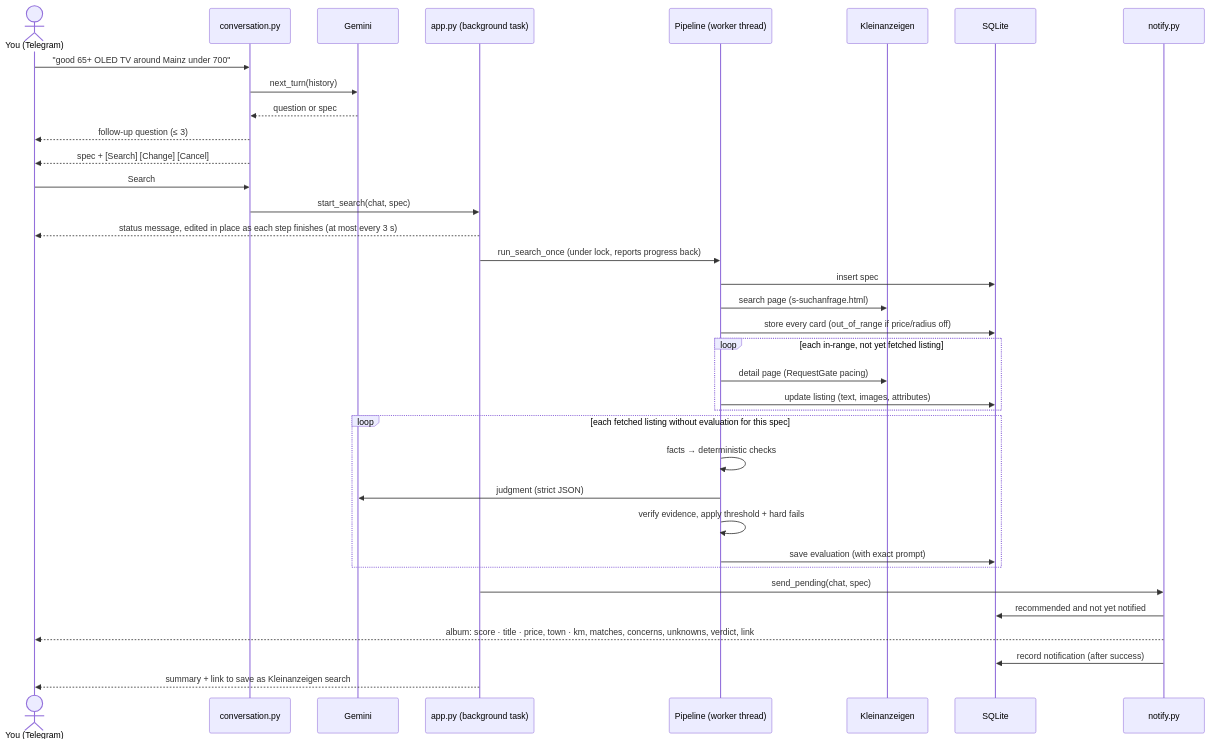
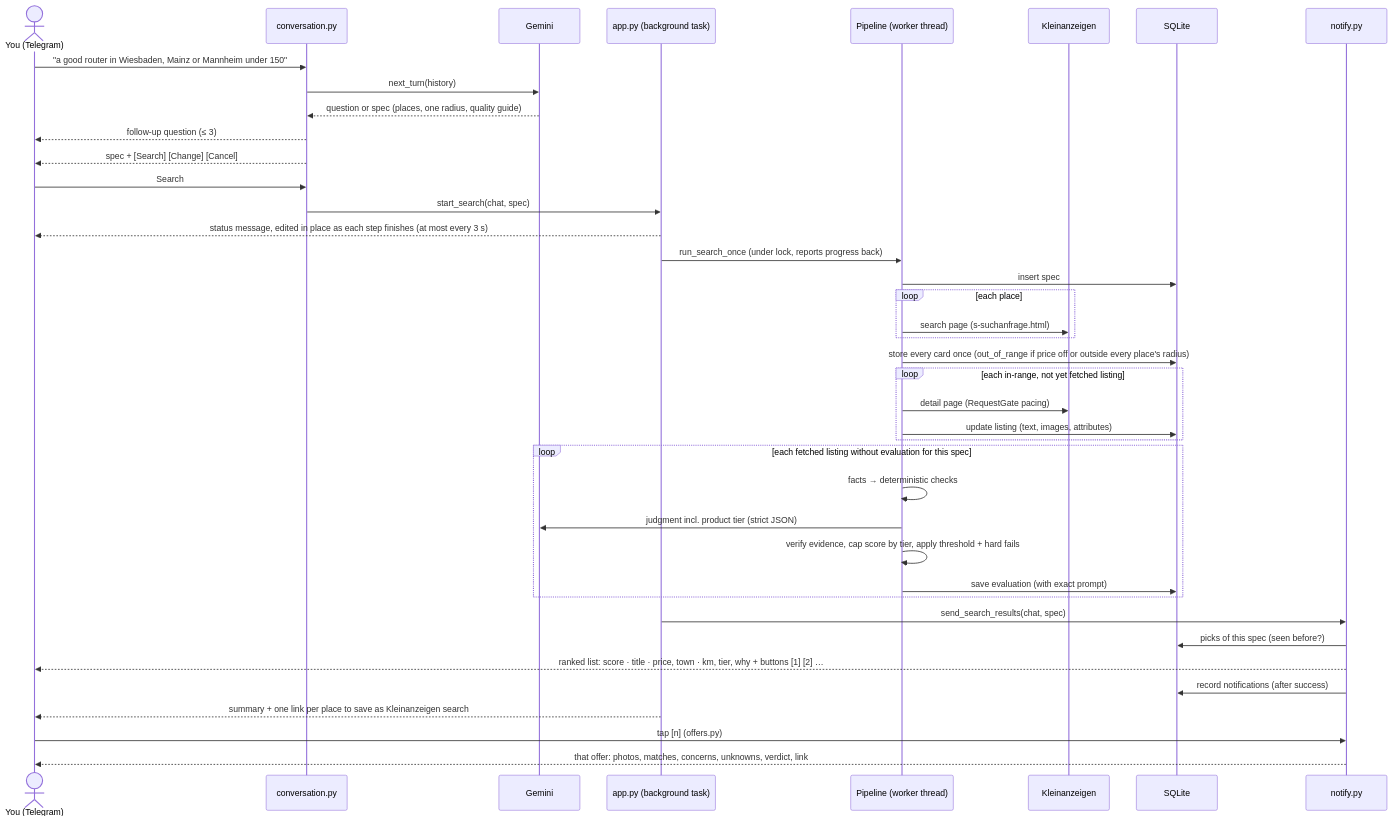
One commit to 5ayyadi/offer-finder changed the first of 2 diagrams in docs/diagrams/flows.md. Above: the diagram before and after it, drawn with Mermaid. The commit also changed other lines of this file and 5 other files, not shown here.

Commit message:
Docs: several places, quality guide and tier caps, pick list with offer buttons

````diff
--- a/docs/diagrams/flows.md
+++ b/docs/diagrams/flows.md
@@ -5,39 +5,43 @@
 ```mermaid
 sequenceDiagram
     actor U as You (Telegram)
     participant C as conversation.py
     participant L as Gemini
     participant A as app.py (background task)
     participant P as Pipeline (worker thread)
     participant K as Kleinanzeigen
     participant D as SQLite
     participant N as notify.py
 
-    U->>C: "good 65+ OLED TV around Mainz under 700"
+    U->>C: "a good router in Wiesbaden, Mainz or Mannheim under 150"
     C->>L: next_turn(history)
-    L-->>C: question or spec
+    L-->>C: question or spec (places, one radius, quality guide)
     C-->>U: follow-up question (≤ 3)
     C-->>U: spec + [Search] [Change] [Cancel]
     U->>C: Search
     C->>A: start_search(chat, spec)
     A-->>U: status message, edited in place as each step finishes (at most every 3 s)
     A->>P: run_search_once (under lock, reports progress back)
     P->>D: insert spec
-    P->>K: search page (s-suchanfrage.html)
-    P->>D: store every card (out_of_range if price/radius off)
+    loop each place
+        P->>K: search page (s-suchanfrage.html)
+    end
+    P->>D: store every card once (out_of_range if price off or outside every place's radius)
     loop each in-range, not yet fetched listing
         P->>K: detail page (RequestGate pacing)
         P->>D: update listing (text, images, attributes)
     end
     loop each fetched listing without evaluation for this spec
         P->>P: facts → deterministic checks
-        P->>L: judgment (strict JSON)
-        P->>P: verify evidence, apply threshold + hard fails
+        P->>L: judgment incl. product tier (strict JSON)
+        P->>P: verify evidence, cap score by tier, apply threshold + hard fails
         P->>D: save evaluation (with exact prompt)
     end
-    A->>N: send_pending(chat, spec)
-    N->>D: recommended and not yet notified
-    N-->>U: album: score · title · price, town · km, matches, concerns, unknowns, verdict, link
-    N->>D: record notification (after success)
-    A-->>U: summary + link to save as Kleinanzeigen search
+    A->>N: send_search_results(chat, spec)
+    N->>D: picks of this spec (seen before?)
+    N-->>U: ranked list: score · title · price, town · km, tier, why + buttons [1] [2] …
+    N->>D: record notifications (after success)
+    A-->>U: summary + one link per place to save as Kleinanzeigen search
+    U->>N: tap [n] (offers.py)
+    N-->>U: that offer: photos, matches, concerns, unknowns, verdict, link
 ```
````
